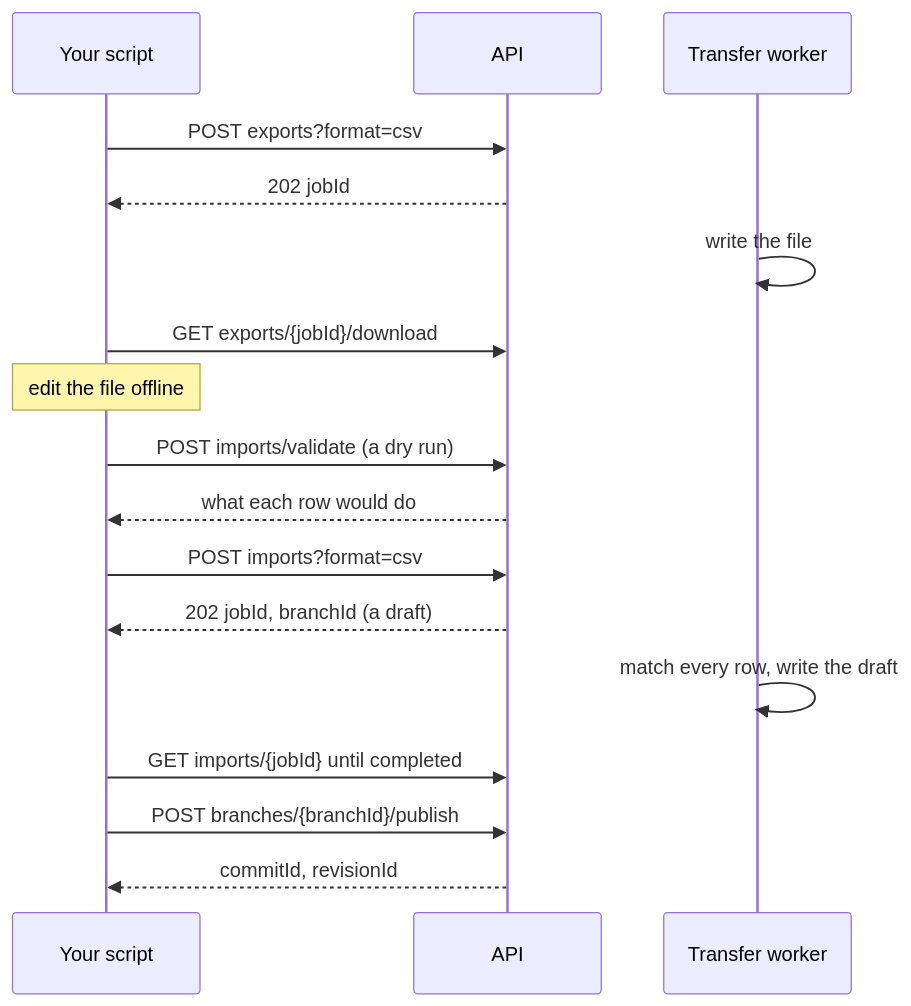
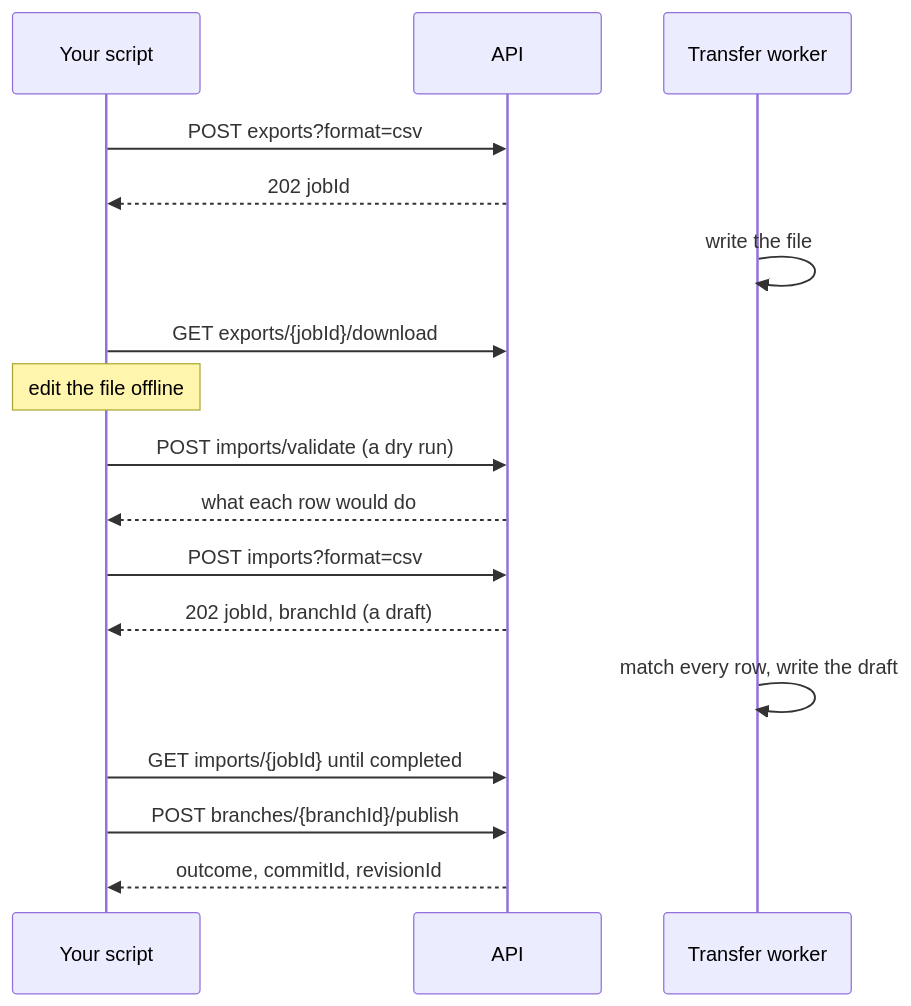
The diagram in docs/IMPORT_EXPORT_API.md (rkrumins/dataviz), drawn with Mermaid before and after one commit. The commit also changed other lines of this file and 27 other files, not shown here.

````diff
--- a/docs/IMPORT_EXPORT_API.md
+++ b/docs/IMPORT_EXPORT_API.md
@@ -29,19 +29,19 @@
 ```mermaid
 sequenceDiagram
     participant S as Your script
     participant A as API
     participant W as Transfer worker
     S->>A: POST exports?format=csv
     A-->>S: 202 jobId
     W->>W: write the file
     S->>A: GET exports/{jobId}/download
     Note over S: edit the file offline
     S->>A: POST imports/validate (a dry run)
     A-->>S: what each row would do
     S->>A: POST imports?format=csv
     A-->>S: 202 jobId, branchId (a draft)
     W->>W: match every row, write the draft
     S->>A: GET imports/{jobId} until completed
     S->>A: POST branches/{branchId}/publish
-    A-->>S: commitId, revisionId
+    A-->>S: outcome, commitId, revisionId
 ```
````
